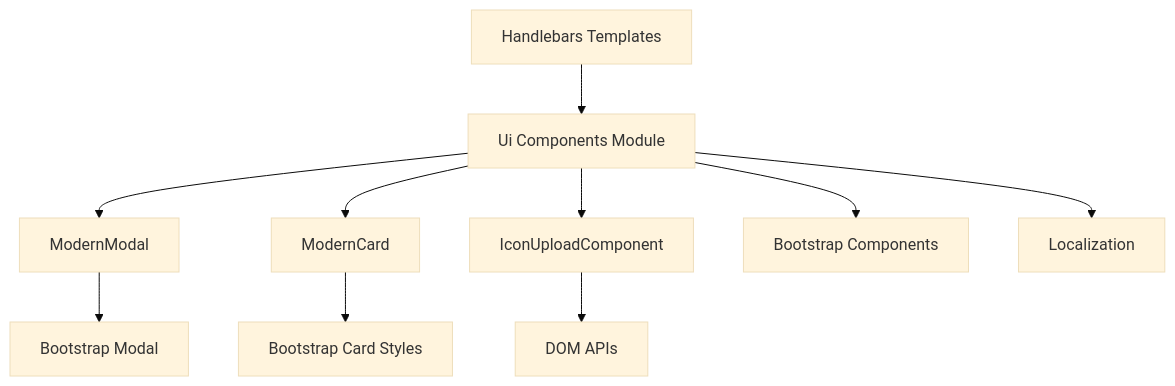
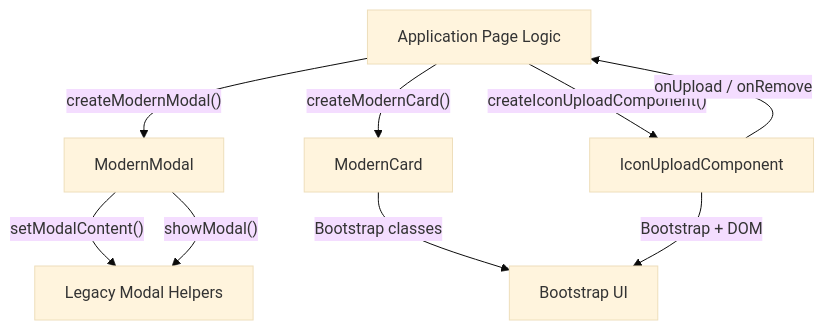
Before and after one commit to Ylianst/MeshCentral: the first of 7 diagrams in docs/reference/architecture/ui-components/ui-components.md, drawn with Mermaid (base theme). The commit also changed other lines of this file and 642 other files, not shown here.

````diff
--- a/docs/reference/architecture/ui-components/ui-components.md
+++ b/docs/reference/architecture/ui-components/ui-components.md
@@ -32,15 +26,14 @@
 ```mermaid
 flowchart TD
-    Templates["Handlebars Templates"] --> UiComponents["Ui Components Module"]
+    AppLogic["Application Page Logic"] -->|"createModernModal()"| ModernModalClass["ModernModal"]
+    AppLogic -->|"createModernCard()"| ModernCardClass["ModernCard"]
+    AppLogic -->|"createIconUploadComponent()"| IconUploadClass["IconUploadComponent"]
 
-    UiComponents --> ModernModal["ModernModal"]
-    UiComponents --> ModernCard["ModernCard"]
-    UiComponents --> IconUpload["IconUploadComponent"]
+    ModernModalClass -->|"setModalContent()"| LegacyModalHelpers["Legacy Modal Helpers"]
+    ModernModalClass -->|"showModal()"| LegacyModalHelpers
 
-    ModernModal --> BootstrapModal["Bootstrap Modal"]
-    ModernCard --> BootstrapCard["Bootstrap Card Styles"]
-    IconUpload --> DOMAPI["DOM APIs"]
+    ModernCardClass -->|"Bootstrap classes"| BootstrapLayer["Bootstrap UI"]
+    IconUploadClass -->|"Bootstrap + DOM"| BootstrapLayer
 
-    UiComponents --> BootstrapComponents["Bootstrap Components"]
-    UiComponents --> Localization["Localization"]
+    IconUploadClass -->|"onUpload / onRemove"| AppLogic
 ```
````
